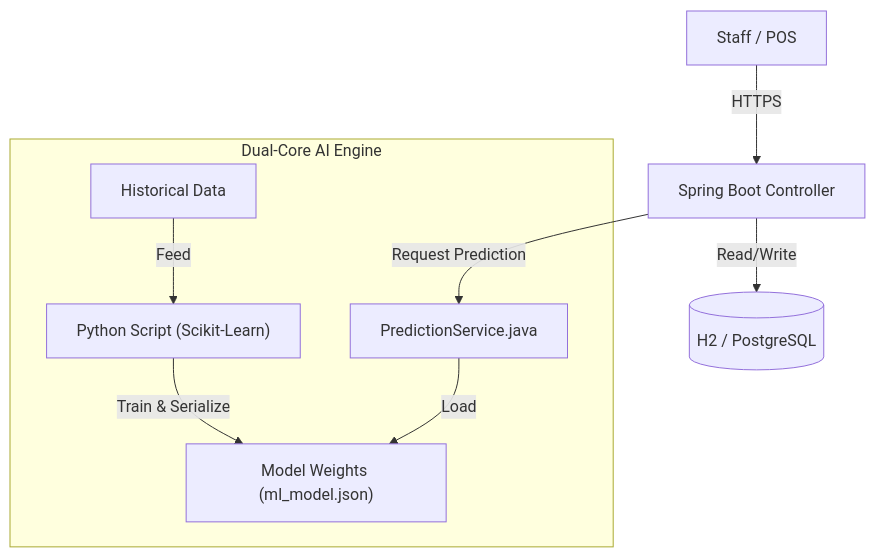
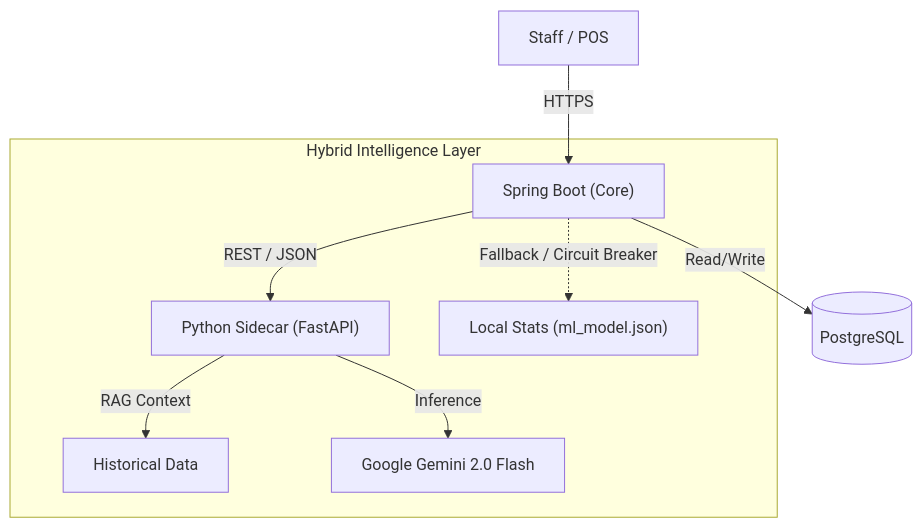
Before and after one commit to hongkim25/thebaker-portfolio: the diagram in README.md, drawn with Mermaid. The commit also changed other lines of this file and 12 other files, not shown here.

Commit message:
Add ML prediction API with FastAPI and weather-aware forecasting

````diff
--- a/README.md
+++ b/README.md
@@ -14,12 +14,13 @@
 ```mermaid
 graph TD
-    User["Staff / POS"] -->|HTTPS| Controller["Spring Boot Controller"]
-    Controller -->|Read/Write| DB[("H2 / PostgreSQL")]
-    Controller -->|Request Prediction| Service["PredictionService.java"]
+    User["Staff / POS"] -->|HTTPS| Java["Spring Boot (Core)"]
+    Java -->|Read/Write| DB[("PostgreSQL")]
     
-    subgraph "Dual-Core AI Engine"
-        Service -->|Load| JSON["Model Weights (ml_model.json)"]
-        Trainer["Python Script (Scikit-Learn)"] -->|Train & Serialize| JSON
-        CSV["Historical Data"] -->|Feed| Trainer
+    subgraph "Hybrid Intelligence Layer"
+        Java -->|REST / JSON| Python["Python Sidecar (FastAPI)"]
+        Python -->|RAG Context| CSV["Historical Data"]
+        Python -->|Inference| LLM["Google Gemini 2.0 Flash"]
+        
+        Java -.->|Fallback / Circuit Breaker| Local["Local Stats (ml_model.json)"]
     end
 ```
````
